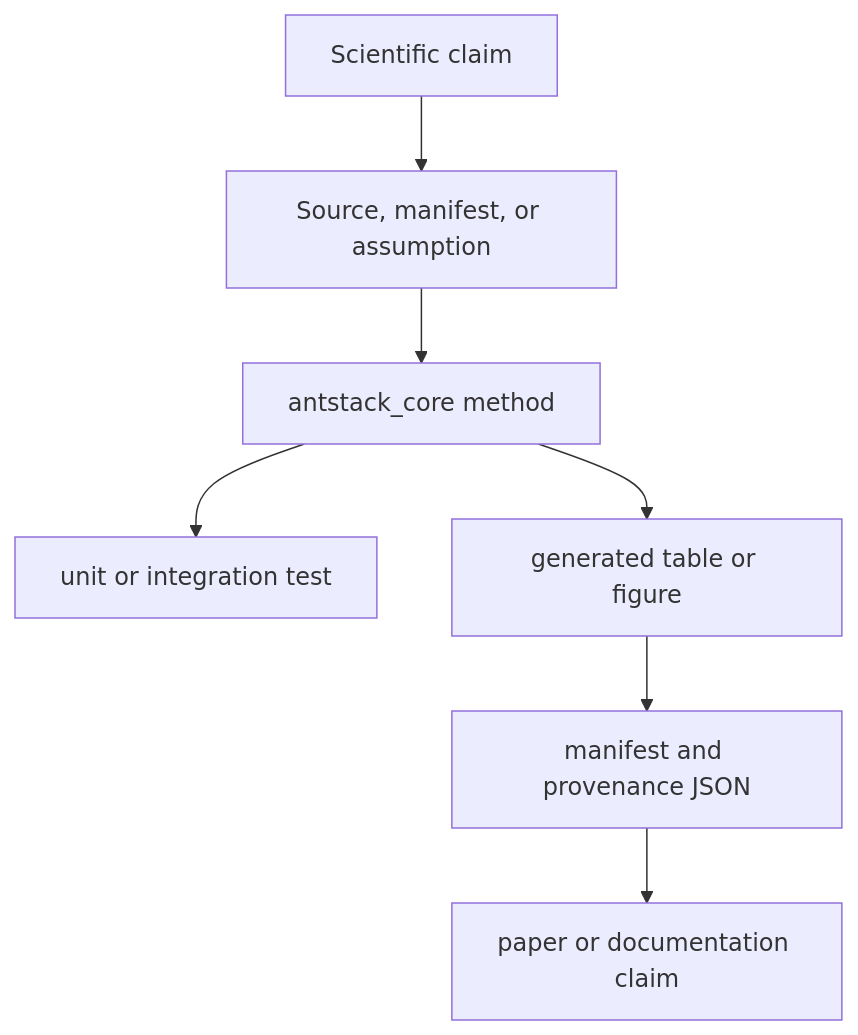
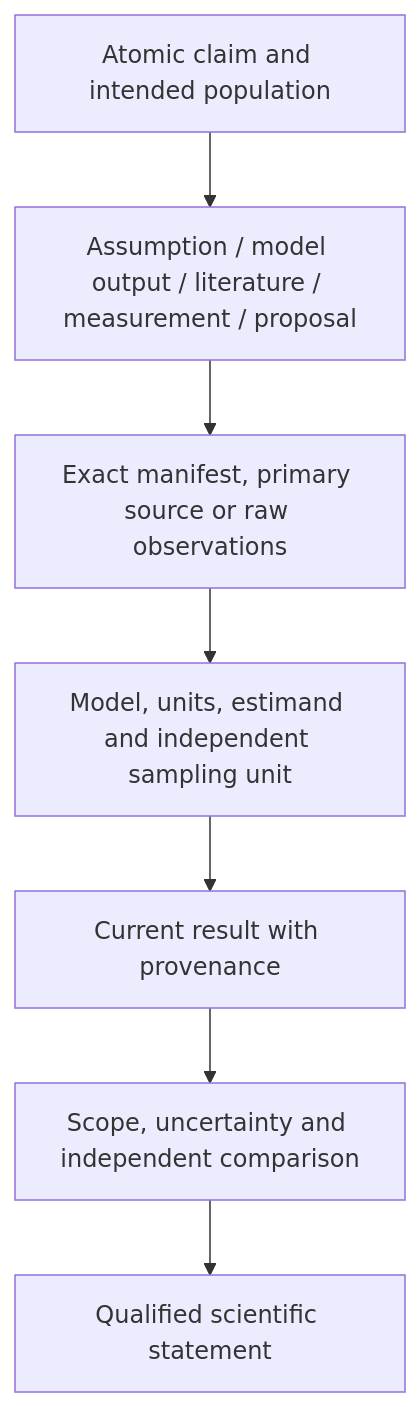
One commit to docxology/ant_stack changed the diagram in docs/scientific_validation.md. Above: the diagram before and after it, drawn with Mermaid. The commit also changed other lines of this file and 254 other files, not shown here.

````diff
--- a/docs/scientific_validation.md
+++ b/docs/scientific_validation.md
@@ -5,9 +5,9 @@
 ```mermaid
 flowchart TD
-    Claim["Scientific claim"] --> Source["Source, manifest, or assumption"]
-    Source --> Method["antstack_core method"]
-    Method --> Test["unit or integration test"]
-    Method --> Artifact["generated table or figure"]
-    Artifact --> Provenance["manifest and provenance JSON"]
-    Provenance --> Paper["paper or documentation claim"]
+    Claim["Atomic claim and intended population"] --> Class["Assumption / model output / literature / measurement / proposal"]
+    Class --> Source["Exact manifest, primary source or raw observations"]
+    Source --> Method["Model, units, estimand and independent sampling unit"]
+    Method --> Artifact["Current result with provenance"]
+    Artifact --> Review["Scope, uncertainty and independent comparison"]
+    Review --> Statement["Qualified scientific statement"]
 ```
````
